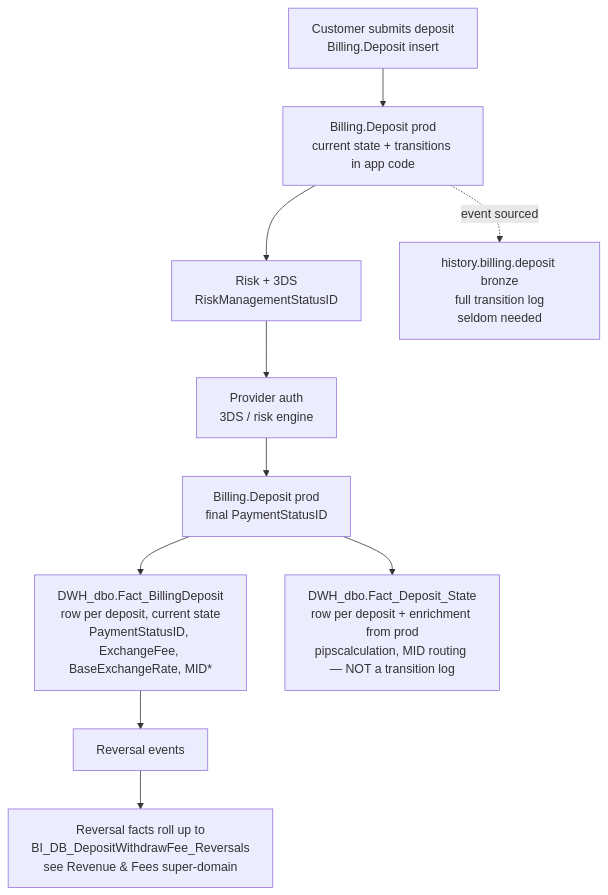
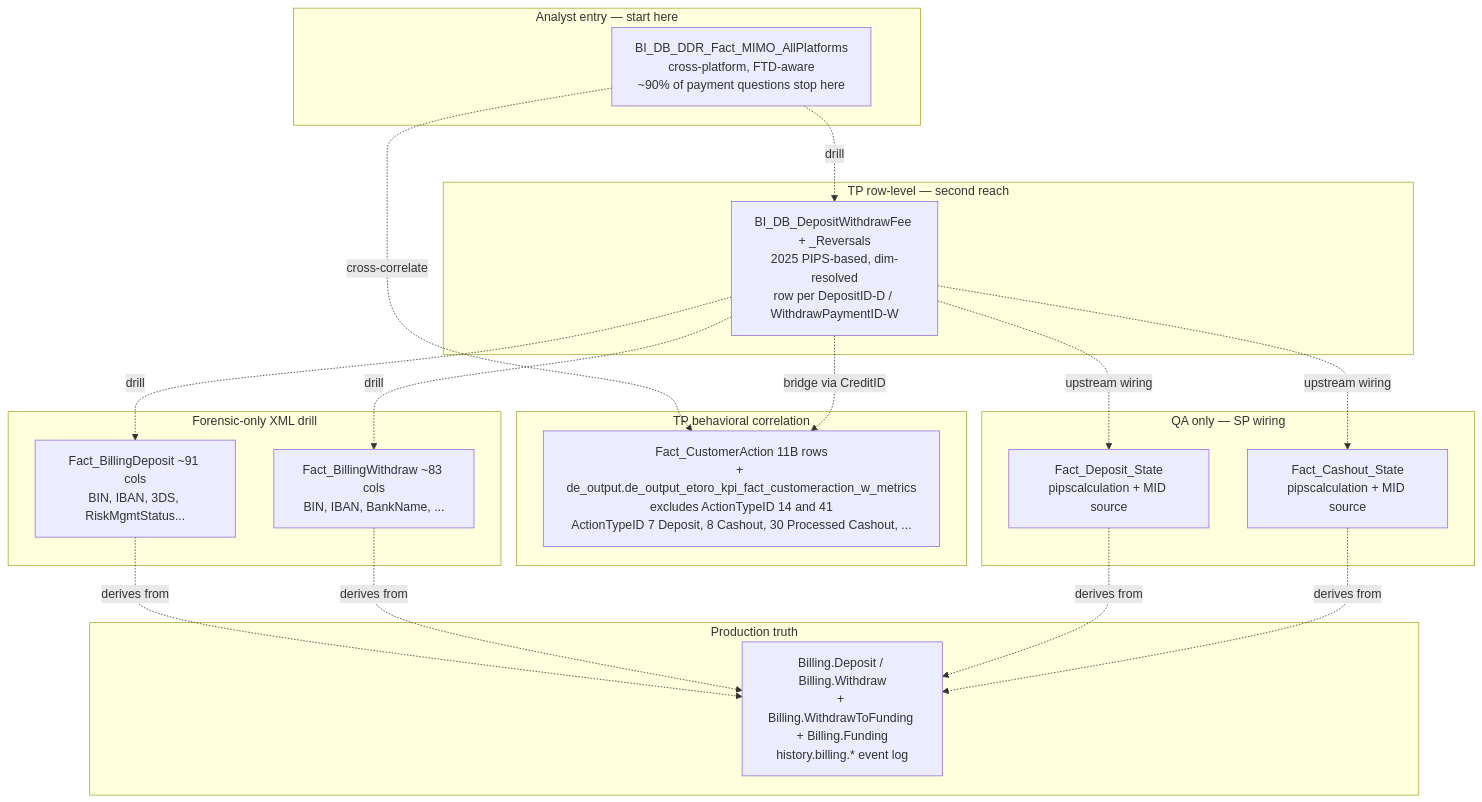
The diagram in knowledge/skills/payments/deposits-and-withdrawals.md (guyman-tr/Databricks_Knowledge), drawn with Mermaid before and after one commit. The commit also changed other lines of this file and 21 other files, not shown here.

````diff
--- a/knowledge/skills/payments/deposits-and-withdrawals.md
+++ b/knowledge/skills/payments/deposits-and-withdrawals.md
@@ -66,18 +72,40 @@
 ```mermaid
 graph TB
-    Submit[Customer submits deposit<br/>Billing.Deposit insert]
-    BillingD[Billing.Deposit prod<br/>current state + transitions in app code]
-    Stage[Risk + 3DS<br/>RiskManagementStatusID]
-    Provider[Provider auth<br/>3DS / risk engine]
-    BillingDFinal[Billing.Deposit prod<br/>final PaymentStatusID]
-    History[history.billing.deposit bronze<br/>full transition log<br/>seldom needed]
+    subgraph T0["Analyst entry — start here"]
+        Mimo[BI_DB_DDR_Fact_MIMO_AllPlatforms<br/>cross-platform, FTD-aware<br/>~90% of payment questions stop here]
+    end
 
-    Submit --> BillingD --> Stage --> Provider --> BillingDFinal
-    BillingD -.event sourced.-> History
+    subgraph T1["TP row-level — second reach"]
+        DWF[BI_DB_DepositWithdrawFee + _Reversals<br/>2025 PIPS-based, dim-resolved<br/>row per DepositID-D / WithdrawPaymentID-W]
+    end
 
-    BillingDFinal --> FactBD[DWH_dbo.Fact_BillingDeposit<br/>row per deposit, current state<br/>PaymentStatusID, ExchangeFee, BaseExchangeRate, MID*]
-    BillingDFinal --> FactDS[DWH_dbo.Fact_Deposit_State<br/>row per deposit + enrichment from prod<br/>pipscalculation, MID routing — NOT a transition log]
+    subgraph T2["TP behavioral correlation"]
+        FCA[Fact_CustomerAction 11B rows<br/>+ de_output.de_output_etoro_kpi_fact_customeraction_w_metrics<br/>excludes ActionTypeID 14 and 41<br/>ActionTypeID 7 Deposit, 8 Cashout, 30 Processed Cashout, ...]
+    end
 
-    FactBD --> Reversal[Reversal events]
-    Reversal --> FactCRev[Reversal facts roll up to<br/>BI_DB_DepositWithdrawFee_Reversals<br/>see Revenue & Fees super-domain]
+    subgraph T3["Forensic-only XML drill"]
+        FBD[Fact_BillingDeposit ~91 cols<br/>BIN, IBAN, 3DS, RiskMgmtStatus...]
+        FBW[Fact_BillingWithdraw ~83 cols<br/>BIN, IBAN, BankName, ...]
+    end
+
+    subgraph QA["QA only — SP wiring"]
+        FDS[Fact_Deposit_State<br/>pipscalculation + MID source]
+        FCS[Fact_Cashout_State<br/>pipscalculation + MID source]
+    end
+
+    subgraph Recon["Production truth"]
+        Prod[Billing.Deposit / Billing.Withdraw<br/>+ Billing.WithdrawToFunding + Billing.Funding<br/>history.billing.* event log]
+    end
+
+    Mimo -.drill.-> DWF
+    Mimo -.cross-correlate.-> FCA
+    DWF -.drill.-> FBD
+    DWF -.drill.-> FBW
+    DWF -.bridge via CreditID.-> FCA
+    DWF -.upstream wiring.-> FDS
+    DWF -.upstream wiring.-> FCS
+    FBD -.derives from.-> Prod
+    FBW -.derives from.-> Prod
+    FDS -.derives from.-> Prod
+    FCS -.derives from.-> Prod
 ```
````
